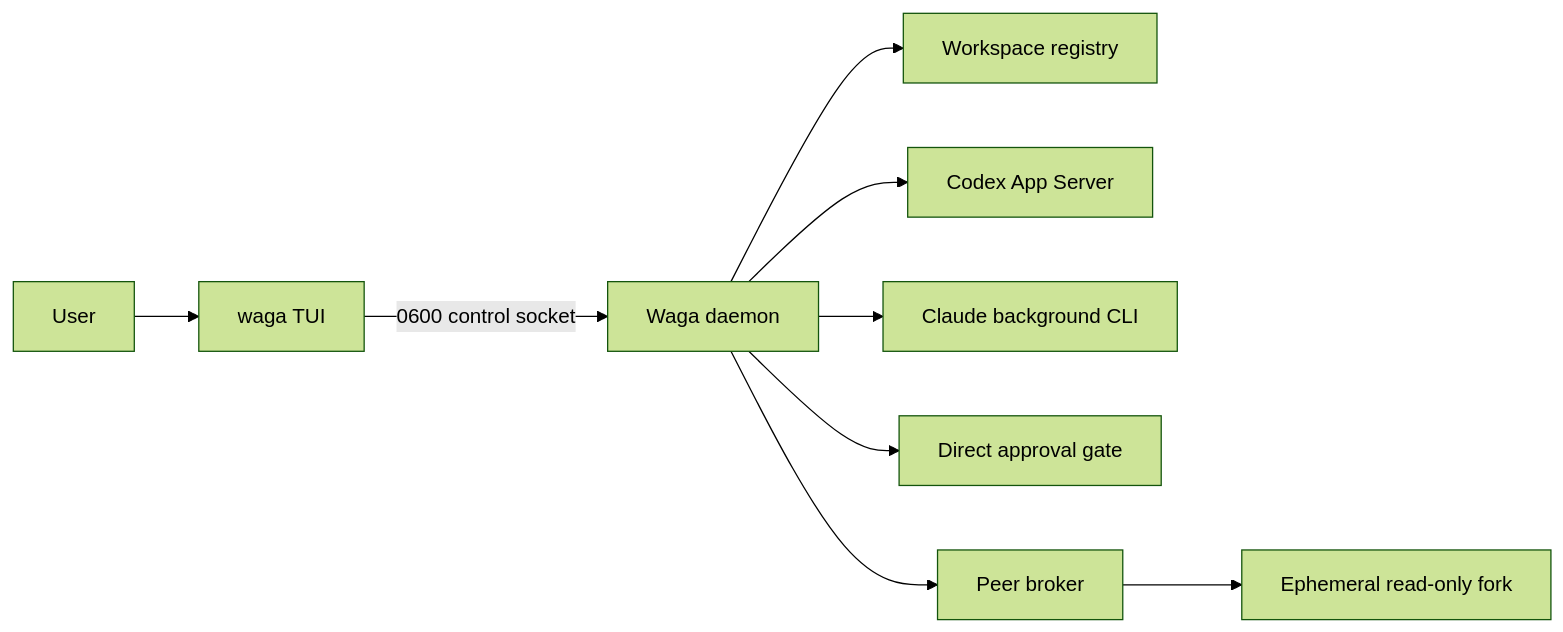
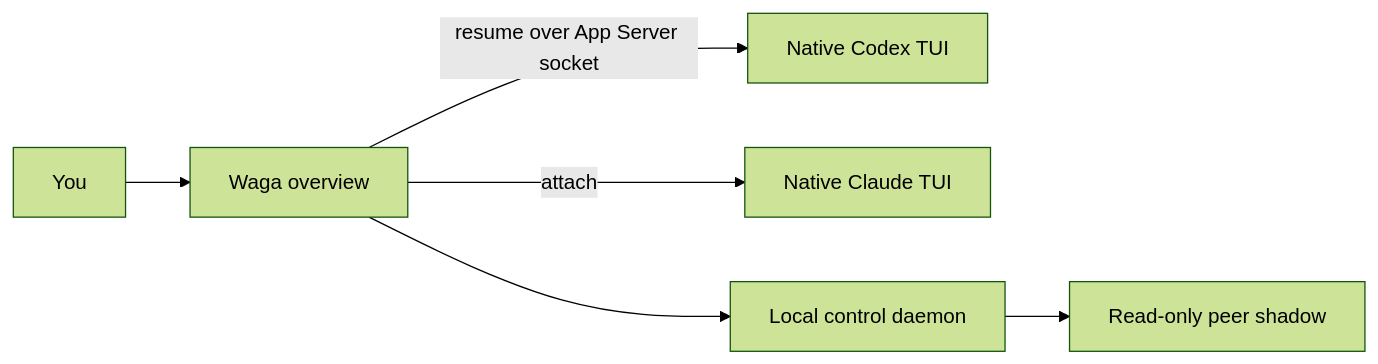
Before and after one commit to dkwlsdl3/wattari-gattari: the diagram in README.md, drawn with Mermaid (forest theme). The commit also changed other lines of this file and 56 other files, not shown here.

````diff
--- a/README.md
+++ b/README.md
@@ -60,11 +28,8 @@
 ```mermaid
 flowchart LR
-  Human[User] --> TUI[waga TUI]
-  TUI -->|0600 control socket| Host[Waga daemon]
-  Host --> Registry[Workspace registry]
-  Host --> Codex[Codex App Server]
-  Host --> Claude[Claude background CLI]
-  Host --> Gate[Direct approval gate]
-  Host --> Broker[Peer broker]
-  Broker --> Shadow[Ephemeral read-only fork]
+  Human[You] --> Waga[Waga overview]
+  Waga -->|resume over App Server socket| Codex[Native Codex TUI]
+  Waga -->|attach| Claude[Native Claude TUI]
+  Waga --> Host[Local control daemon]
+  Host --> Shadow[Read-only peer shadow]
 ```
````
